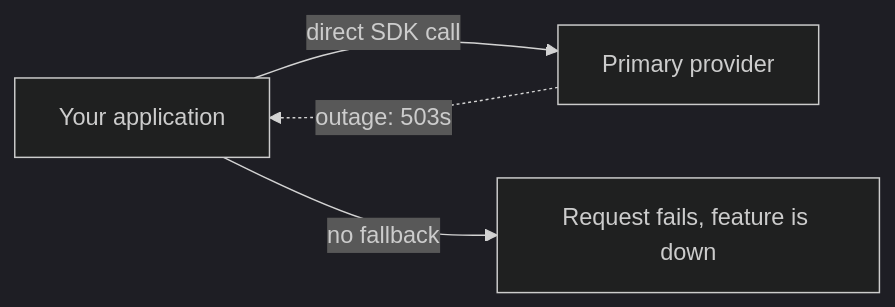
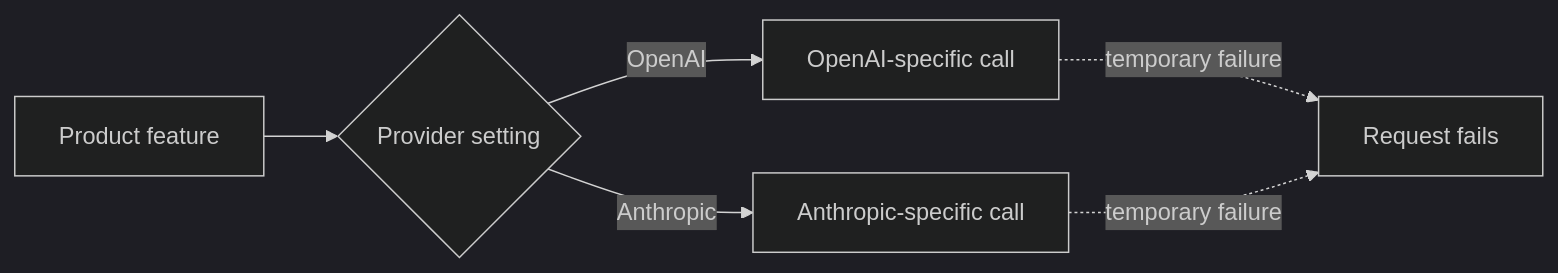
The first of 2 diagrams in site/docs/advanced-concepts/08-ai-gateways.md (fewshot-works/academy), drawn with Mermaid (dark theme) before and after one commit. The commit also changed other lines of this file and 5 other files, not shown here.

````diff
--- a/site/docs/advanced-concepts/08-ai-gateways.md
+++ b/site/docs/advanced-concepts/08-ai-gateways.md
@@ -31,6 +56,8 @@
 ```mermaid
 flowchart LR
-    App[Your application] -->|direct SDK call| P1[Primary provider]
-    P1 -.->|"outage: 503s"| App
-    App -->|no fallback| Fail[Request fails, feature is down]
+    A[Product feature] --> B{Provider setting}
+    B -->|OpenAI| C[OpenAI-specific call]
+    B -->|Anthropic| D[Anthropic-specific call]
+    C -. temporary failure .-> E[Request fails]
+    D -. temporary failure .-> E
 ```
````
